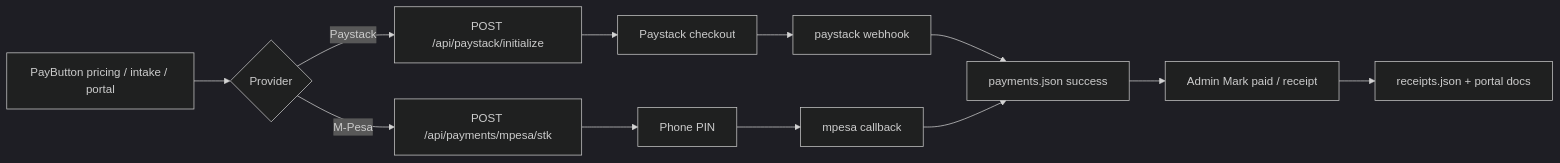
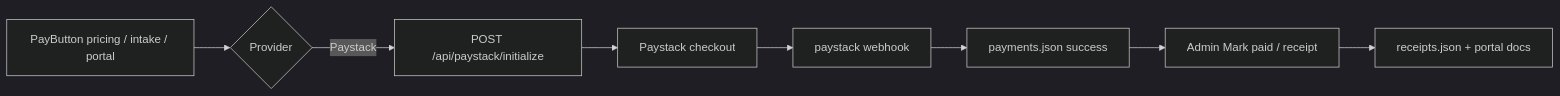
One commit to MaximaKenya/the-beacon-studio changed the fourth of 5 diagrams in INTEGRATIONS.md. Above: the diagram before and after it, drawn with Mermaid (dark theme). The commit also changed other lines of this file and 38 other files, not shown here.

````diff
--- a/INTEGRATIONS.md
+++ b/INTEGRATIONS.md
@@ -208,14 +184,10 @@
 ```mermaid
 flowchart LR
   UI[PayButton pricing / intake / portal] --> S{Provider}
   S -->|Paystack| ST[POST /api/paystack/initialize]
-  S -->|M-Pesa| MP[POST /api/payments/mpesa/stk]
   ST --> SS[Paystack checkout]
   SS --> WH[paystack webhook]
-  MP --> PH[Phone PIN]
-  PH --> CB[mpesa callback]
   WH --> PJ[payments.json success]
-  CB --> PJ
   PJ --> AD[Admin Mark paid / receipt]
   AD --> RC[receipts.json + portal docs]
 ```
````
